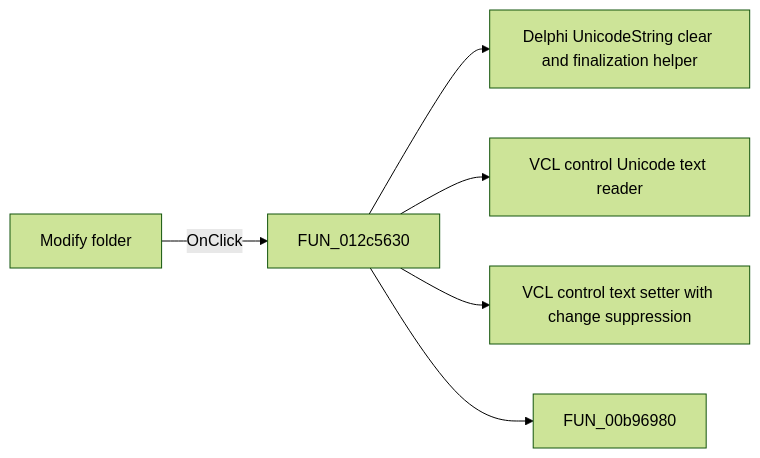
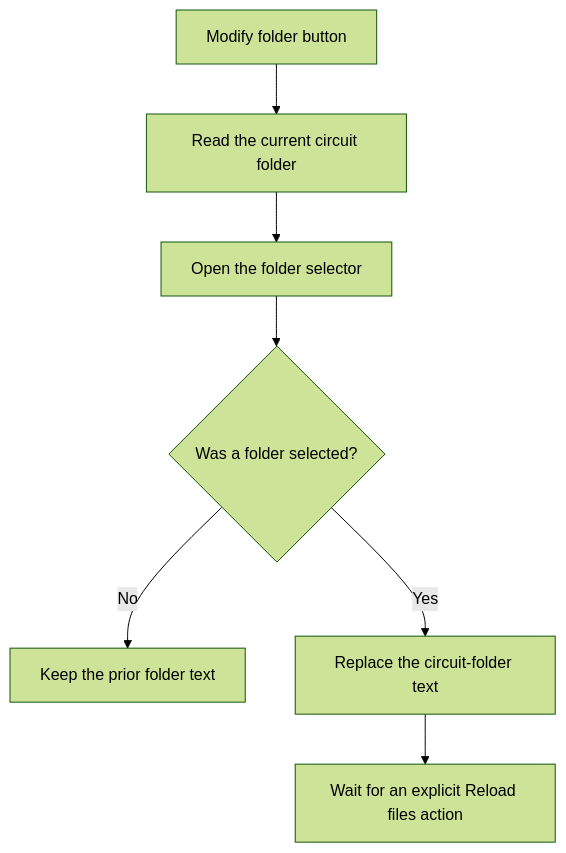
Before and after one commit to MovGP0/TIARA: the diagram in docs/ui-controls/frmtestbencheditor/btnmodifycircuitfolder-fcc9fcf664.md, drawn with Mermaid (forest theme). The commit also changed other lines of this file and 387 other files, not shown here.

````diff
--- a/docs/ui-controls/frmtestbencheditor/btnmodifycircuitfolder-fcc9fcf664.md
+++ b/docs/ui-controls/frmtestbencheditor/btnmodifycircuitfolder-fcc9fcf664.md
@@ -27,8 +19,9 @@
 ```mermaid
-flowchart LR
-    control["Modify folder"] -->|OnClick| handler["FUN_012c5630"]
-    handler --> call1["Delphi UnicodeString clear and finalization helper"]
-    handler --> call2["VCL control Unicode text reader"]
-    handler --> call3["VCL control text setter with change suppression"]
-    handler --> call4["FUN_00b96980"]
+flowchart TD
+    control["Modify folder button"] --> current["Read the current circuit folder"]
+    current --> dialog["Open the folder selector"]
+    dialog --> accepted{"Was a folder selected?"}
+    accepted -->|No| keep["Keep the prior folder text"]
+    accepted -->|Yes| update["Replace the circuit-folder text"]
+    update --> wait["Wait for an explicit Reload files action"]
 ```
````
